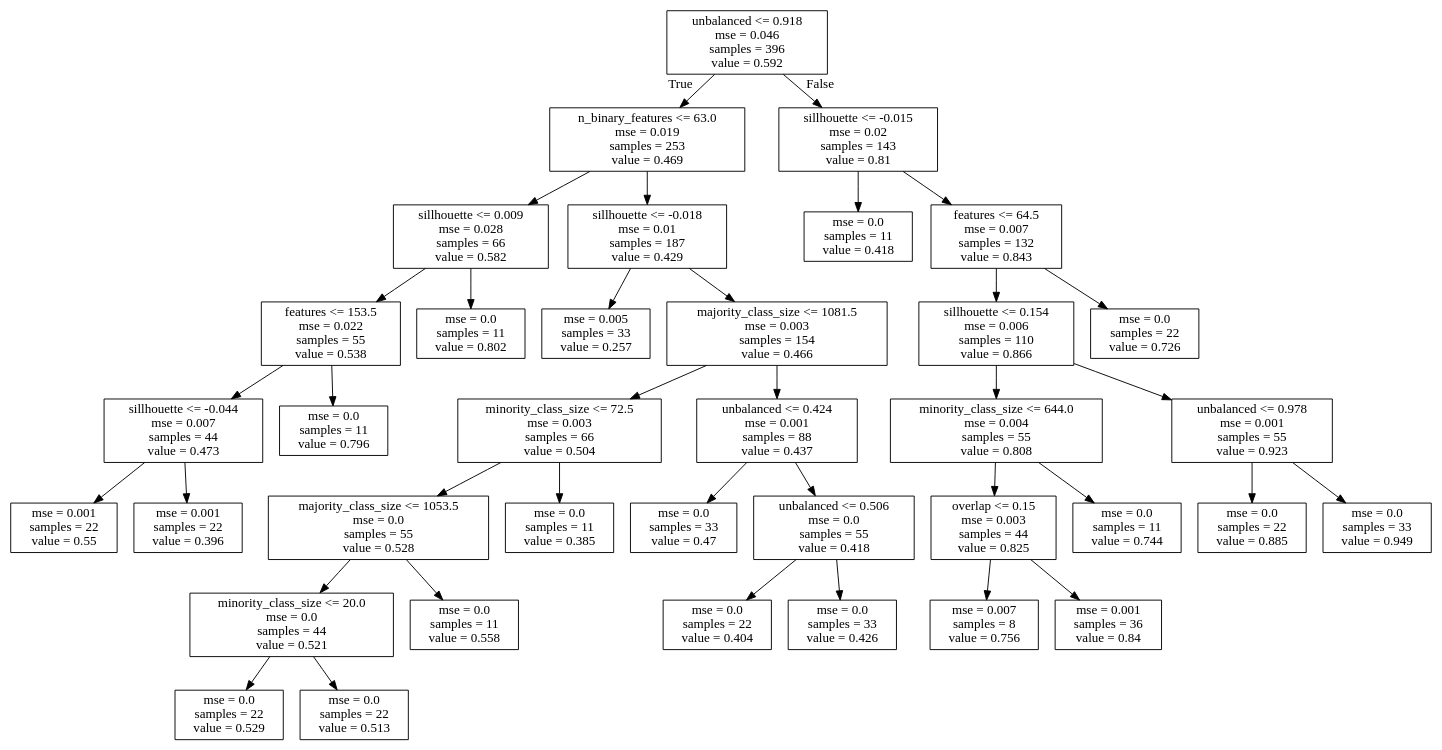
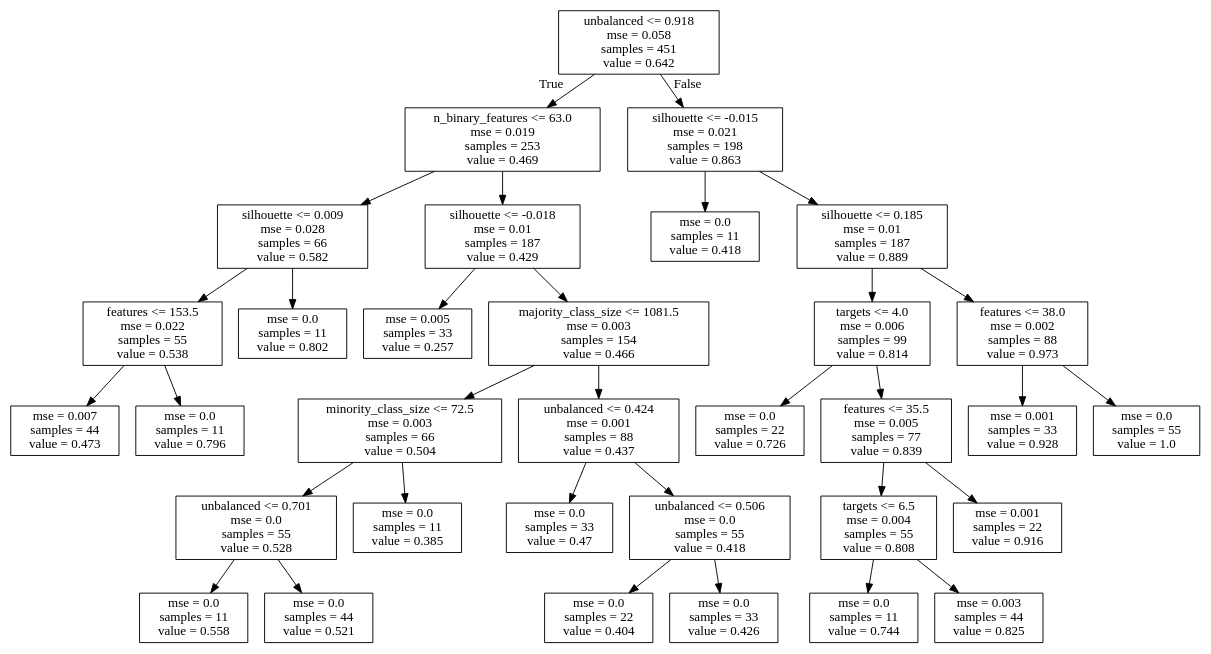
One commit to rsboos/DistributedClassifier changed the diagram in analysis/learning/regression/results/trees/cmb_mlp_f1_scores.dot. Above: the diagram before and after it, drawn with Graphviz. The commit also changed 147 other files, not shown here.

```diff
--- a/analysis/learning/regression/results/trees/cmb_mlp_f1_scores.dot
+++ b/analysis/learning/regression/results/trees/cmb_mlp_f1_scores.dot
@@ -1,76 +1,68 @@
 digraph Tree {
 node [shape=box] ;
-0 [label="unbalanced <= 0.918\nmse = 0.046\nsamples = 396\nvalue = 0.592"] ;
+0 [label="unbalanced <= 0.918\nmse = 0.058\nsamples = 451\nvalue = 0.642"] ;
 1 [label="n_binary_features <= 63.0\nmse = 0.019\nsamples = 253\nvalue = 0.469"] ;
 0 -> 1 [labeldistance=2.5, labelangle=45, headlabel="True"] ;
-2 [label="sillhouette <= 0.009\nmse = 0.028\nsamples = 66\nvalue = 0.582"] ;
+2 [label="silhouette <= 0.009\nmse = 0.028\nsamples = 66\nvalue = 0.582"] ;
 1 -> 2 ;
 3 [label="features <= 153.5\nmse = 0.022\nsamples = 55\nvalue = 0.538"] ;
 2 -> 3 ;
-4 [label="sillhouette <= -0.044\nmse = 0.007\nsamples = 44\nvalue = 0.473"] ;
+4 [label="mse = 0.007\nsamples = 44\nvalue = 0.473"] ;
 3 -> 4 ;
-5 [label="mse = 0.001\nsamples = 22\nvalue = 0.55"] ;
-4 -> 5 ;
-6 [label="mse = 0.001\nsamples = 22\nvalue = 0.396"] ;
-4 -> 6 ;
-7 [label="mse = 0.0\nsamples = 11\nvalue = 0.796"] ;
-3 -> 7 ;
-8 [label="mse = 0.0\nsamples = 11\nvalue = 0.802"] ;
-2 -> 8 ;
-9 [label="sillhouette <= -0.018\nmse = 0.01\nsamples = 187\nvalue = 0.429"] ;
-1 -> 9 ;
-10 [label="mse = 0.005\nsamples = 33\nvalue = 0.257"] ;
+5 [label="mse = 0.0\nsamples = 11\nvalue = 0.796"] ;
+3 -> 5 ;
+6 [label="mse = 0.0\nsamples = 11\nvalue = 0.802"] ;
+2 -> 6 ;
+7 [label="silhouette <= -0.018\nmse = 0.01\nsamples = 187\nvalue = 0.429"] ;
+1 -> 7 ;
+8 [label="mse = 0.005\nsamples = 33\nvalue = 0.257"] ;
+7 -> 8 ;
+9 [label="majority_class_size <= 1081.5\nmse = 0.003\nsamples = 154\nvalue = 0.466"] ;
+7 -> 9 ;
+10 [label="minority_class_size <= 72.5\nmse = 0.003\nsamples = 66\nvalue = 0.504"] ;
 9 -> 10 ;
-11 [label="majority_class_size <= 1081.5\nmse = 0.003\nsamples = 154\nvalue = 0.466"] ;
-9 -> 11 ;
-12 [label="minority_class_size <= 72.5\nmse = 0.003\nsamples = 66\nvalue = 0.504"] ;
+11 [label="unbalanced <= 0.701\nmse = 0.0\nsamples = 55\nvalue = 0.528"] ;
+10 -> 11 ;
+12 [label="mse = 0.0\nsamples = 11\nvalue = 0.558"] ;
 11 -> 12 ;
-13 [label="majority_class_size <= 1053.5\nmse = 0.0\nsamples = 55\nvalue = 0.528"] ;
-12 -> 13 ;
-14 [label="minority_class_size <= 20.0\nmse = 0.0\nsamples = 44\nvalue = 0.521"] ;
-13 -> 14 ;
-15 [label="mse = 0.0\nsamples = 22\nvalue = 0.529"] ;
-14 -> 15 ;
-16 [label="mse = 0.0\nsamples = 22\nvalue = 0.513"] ;
-14 -> 16 ;
-17 [label="mse = 0.0\nsamples = 11\nvalue = 0.558"] ;
-13 -> 17 ;
-18 [label="mse = 0.0\nsamples = 11\nvalue = 0.385"] ;
-12 -> 18 ;
-19 [label="unbalanced <= 0.424\nmse = 0.001\nsamples = 88\nvalue = 0.437"] ;
-11 -> 19 ;
-20 [label="mse = 0.0\nsamples = 33\nvalue = 0.47"] ;
-19 -> 20 ;
-21 [label="unbalanced <= 0.506\nmse = 0.0\nsamples = 55\nvalue = 0.418"] ;
-19 -> 21 ;
-22 [label="mse = 0.0\nsamples = 22\nvalue = 0.404"] ;
-21 -> 22 ;
-23 [label="mse = 0.0\nsamples = 33\nvalue = 0.426"] ;
-21 -> 23 ;
-24 [label="sillhouette <= -0.015\nmse = 0.02\nsamples = 143\nvalue = 0.81"] ;
-0 -> 24 [labeldistance=2.5, labelangle=-45, headlabel="False"] ;
-25 [label="mse = 0.0\nsamples = 11\nvalue = 0.418"] ;
-24 -> 25 ;
-26 [label="features <= 64.5\nmse = 0.007\nsamples = 132\nvalue = 0.843"] ;
-24 -> 26 ;
-27 [label="sillhouette <= 0.154\nmse = 0.006\nsamples = 110\nvalue = 0.866"] ;
+13 [label="mse = 0.0\nsamples = 44\nvalue = 0.521"] ;
+11 -> 13 ;
+14 [label="mse = 0.0\nsamples = 11\nvalue = 0.385"] ;
+10 -> 14 ;
+15 [label="unbalanced <= 0.424\nmse = 0.001\nsamples = 88\nvalue = 0.437"] ;
+9 -> 15 ;
+16 [label="mse = 0.0\nsamples = 33\nvalue = 0.47"] ;
+15 -> 16 ;
+17 [label="unbalanced <= 0.506\nmse = 0.0\nsamples = 55\nvalue = 0.418"] ;
+15 -> 17 ;
+18 [label="mse = 0.0\nsamples = 22\nvalue = 0.404"] ;
+17 -> 18 ;
+19 [label="mse = 0.0\nsamples = 33\nvalue = 0.426"] ;
+17 -> 19 ;
+20 [label="silhouette <= -0.015\nmse = 0.021\nsamples = 198\nvalue = 0.863"] ;
+0 -> 20 [labeldistance=2.5, labelangle=-45, headlabel="False"] ;
+21 [label="mse = 0.0\nsamples = 11\nvalue = 0.418"] ;
+20 -> 21 ;
+22 [label="silhouette <= 0.185\nmse = 0.01\nsamples = 187\nvalue = 0.889"] ;
+20 -> 22 ;
+23 [label="targets <= 4.0\nmse = 0.006\nsamples = 99\nvalue = 0.814"] ;
+22 -> 23 ;
+24 [label="mse = 0.0\nsamples = 22\nvalue = 0.726"] ;
+23 -> 24 ;
+25 [label="features <= 35.5\nmse = 0.005\nsamples = 77\nvalue = 0.839"] ;
+23 -> 25 ;
+26 [label="targets <= 6.5\nmse = 0.004\nsamples = 55\nvalue = 0.808"] ;
+25 -> 26 ;
+27 [label="mse = 0.0\nsamples = 11\nvalue = 0.744"] ;
 26 -> 27 ;
-28 [label="minority_class_size <= 644.0\nmse = 0.004\nsamples = 55\nvalue = 0.808"] ;
-27 -> 28 ;
-29 [label="overlap <= 0.15\nmse = 0.003\nsamples = 44\nvalue = 0.825"] ;
-28 -> 29 ;
-30 [label="mse = 0.007\nsamples = 8\nvalue = 0.756"] ;
-29 -> 30 ;
-31 [label="mse = 0.001\nsamples = 36\nvalue = 0.84"] ;
-29 -> 31 ;
-32 [label="mse = 0.0\nsamples = 11\nvalue = 0.744"] ;
-28 -> 32 ;
-33 [label="unbalanced <= 0.978\nmse = 0.001\nsamples = 55\nvalue = 0.923"] ;
-27 -> 33 ;
-34 [label="mse = 0.0\nsamples = 22\nvalue = 0.885"] ;
-33 -> 34 ;
-35 [label="mse = 0.0\nsamples = 33\nvalue = 0.949"] ;
-33 -> 35 ;
-36 [label="mse = 0.0\nsamples = 22\nvalue = 0.726"] ;
-26 -> 36 ;
+28 [label="mse = 0.003\nsamples = 44\nvalue = 0.825"] ;
+26 -> 28 ;
+29 [label="mse = 0.001\nsamples = 22\nvalue = 0.916"] ;
+25 -> 29 ;
+30 [label="features <= 38.0\nmse = 0.002\nsamples = 88\nvalue = 0.973"] ;
+22 -> 30 ;
+31 [label="mse = 0.001\nsamples = 33\nvalue = 0.928"] ;
+30 -> 31 ;
+32 [label="mse = 0.0\nsamples = 55\nvalue = 1.0"] ;
+30 -> 32 ;
 }
```
